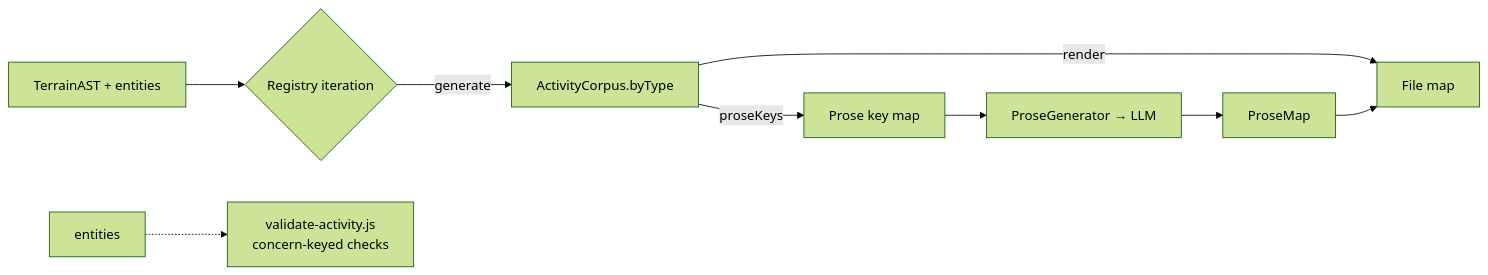
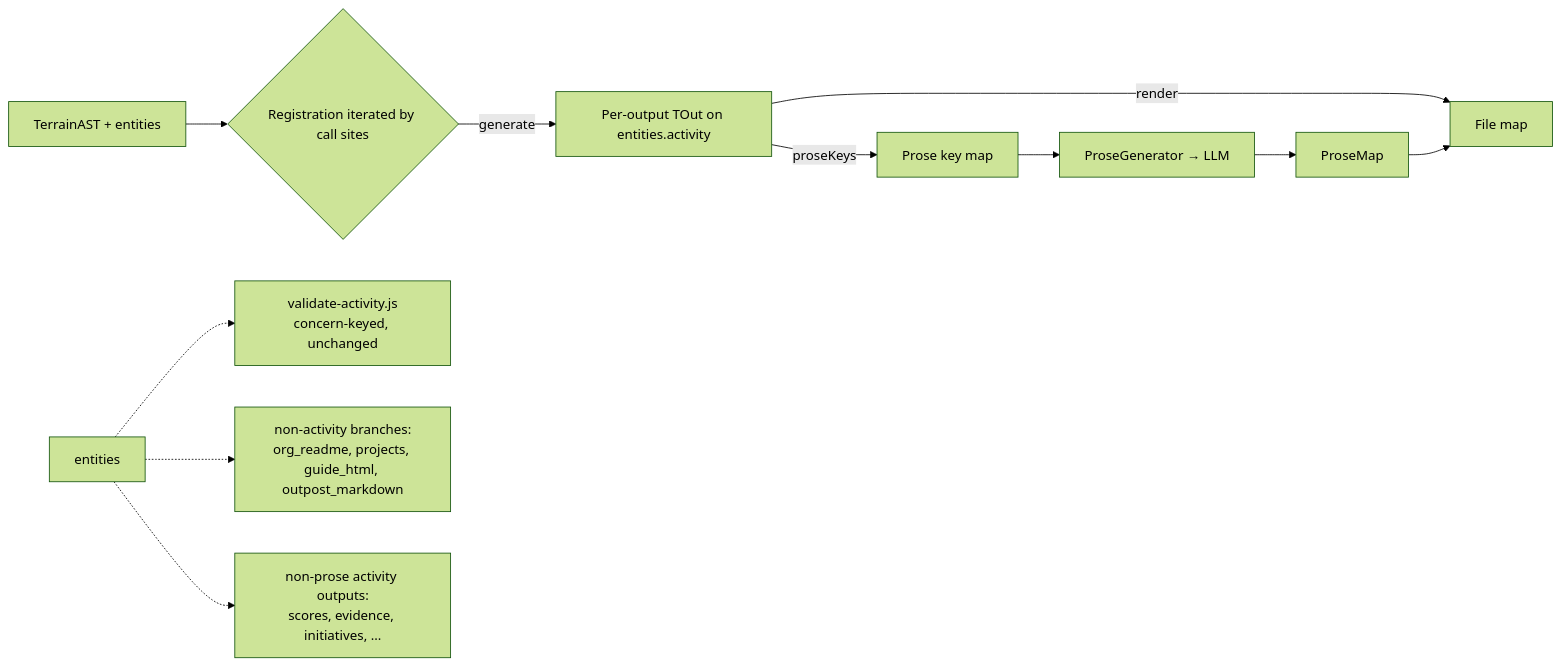
Before and after one commit to forwardimpact/pathway: the diagram in specs/820-synthetic-pipeline-activity-interface/design-a.md, drawn with Mermaid (forest theme). The commit also changed other lines of this file and 1 other file, not shown here.

````diff
--- a/specs/820-synthetic-pipeline-activity-interface/design-a.md
+++ b/specs/820-synthetic-pipeline-activity-interface/design-a.md
@@ -84,10 +80,12 @@
 ```mermaid
 flowchart LR
-  AST[TerrainAST + entities] --> R{Registry iteration}
-  R -->|generate| AC[ActivityCorpus.byType]
+  AST[TerrainAST + entities] --> R{Registration iterated by call sites}
+  R -->|generate| AC[Per-output TOut on entities.activity]
   AC -->|proseKeys| PK[Prose key map]
   PK --> PG[ProseGenerator → LLM] --> PM[ProseMap]
   AC -->|render| FM[File map]
   PM --> FM
-  E[entities] -.-> V[validate-activity.js<br/>concern-keyed checks]
+  E[entities] -.-> V[validate-activity.js<br/>concern-keyed, unchanged]
+  E -.-> NA[non-activity branches:<br/>org_readme, projects, guide_html, outpost_markdown]
+  E -.-> NP[non-prose activity outputs:<br/>scores, evidence, initiatives, ...]
 ```
````
